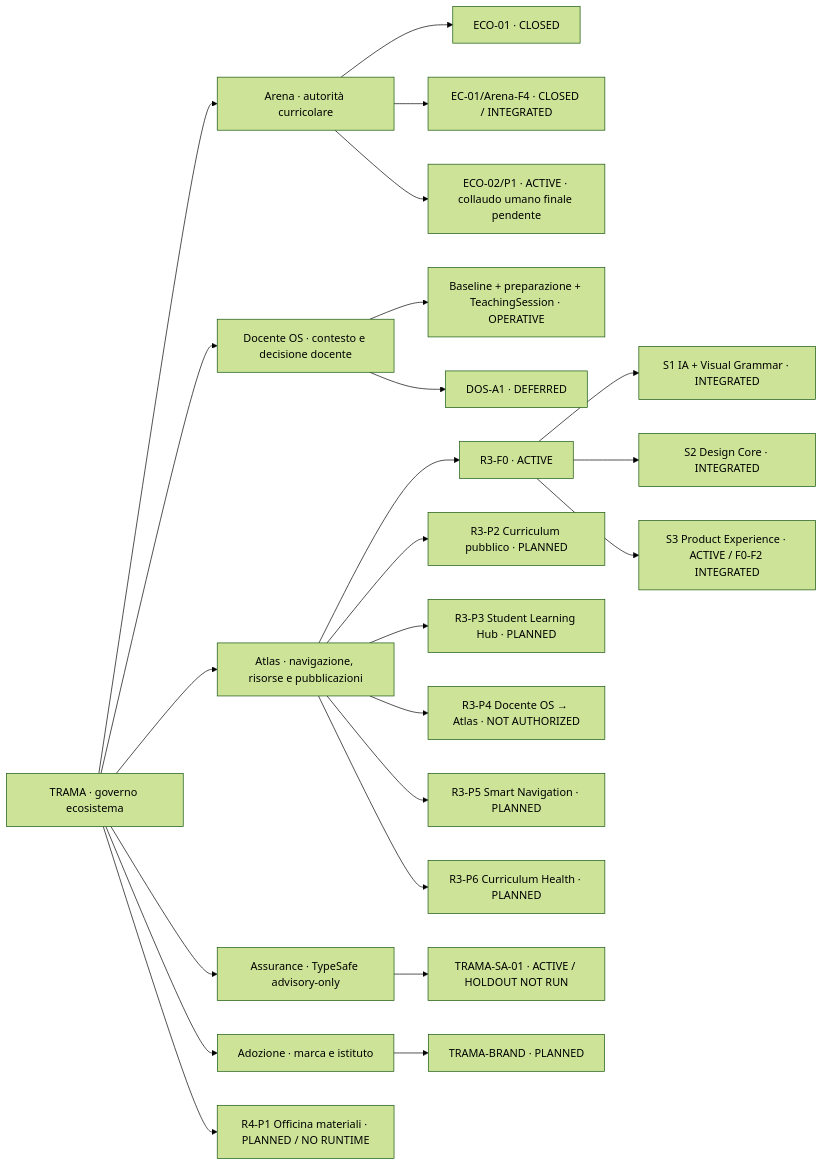
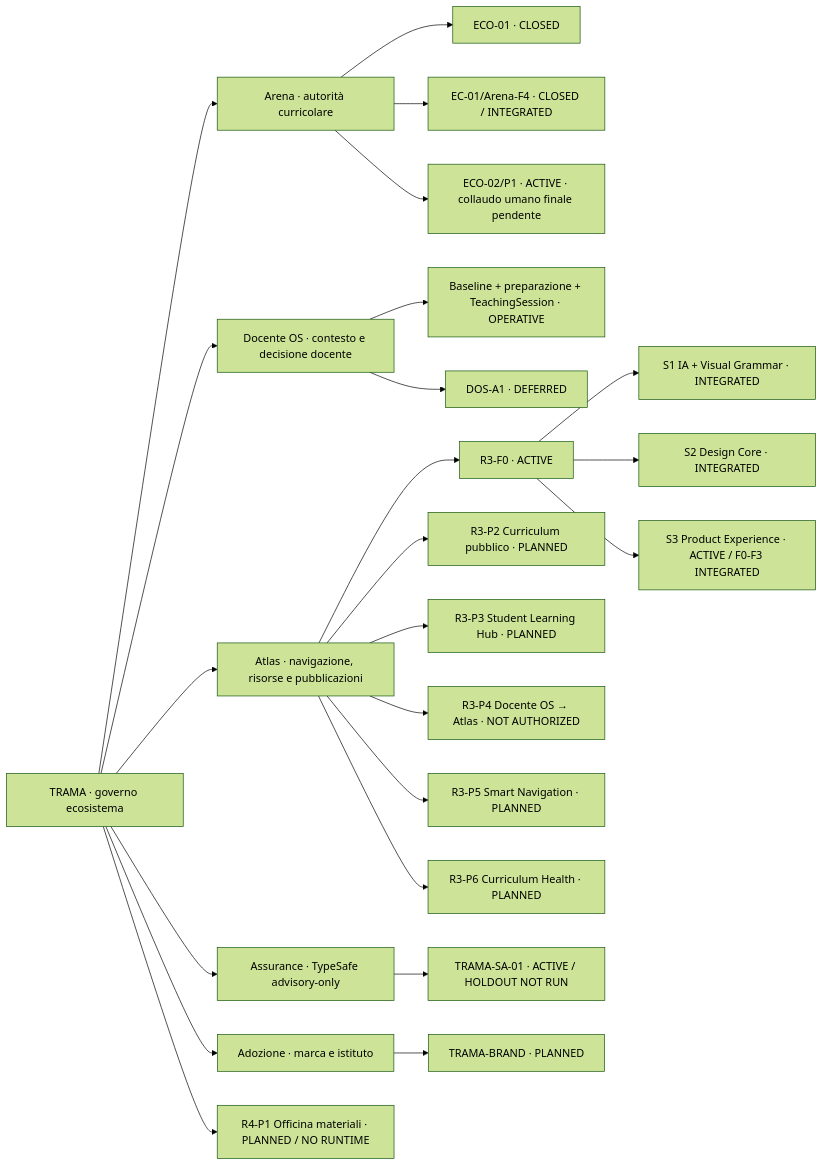
The diagram in STATUS.md (antoniocorsano-boop/trama-ecosistema), drawn with Mermaid (forest theme) before and after one commit. The commit also changed other lines of this file, not shown here.

````diff
--- a/STATUS.md
+++ b/STATUS.md
@@ -8,31 +8,31 @@
 ```mermaid
 flowchart LR
   TRAMA["TRAMA · governo ecosistema"]
 
   TRAMA --> ARENA["Arena · autorità curricolare"]
   TRAMA --> DOS["Docente OS · contesto e decisione docente"]
   TRAMA --> ATLAS["Atlas · navigazione, risorse e pubblicazioni"]
   TRAMA --> ASSURANCE["Assurance · TypeSafe advisory-only"]
   TRAMA --> BRAND["Adozione · marca e istituto"]
 
   ARENA --> ECO01["ECO-01 · CLOSED"]
   ARENA --> ECF4["EC-01/Arena-F4 · CLOSED / INTEGRATED"]
   ARENA --> ECO02["ECO-02/P1 · ACTIVE · collaudo umano finale pendente"]
 
   DOS --> DOSBASE["Baseline + preparazione + TeachingSession · OPERATIVE"]
   DOS --> DOSA1["DOS-A1 · DEFERRED"]
 
   ATLAS --> R3F0["R3-F0 · ACTIVE"]
   R3F0 --> S1["S1 IA + Visual Grammar · INTEGRATED"]
   R3F0 --> S2["S2 Design Core · INTEGRATED"]
-  R3F0 --> S3["S3 Product Experience · ACTIVE / F0-F2 INTEGRATED"]
+  R3F0 --> S3["S3 Product Experience · ACTIVE / F0-F3 INTEGRATED"]
   ATLAS --> R3P2["R3-P2 Curriculum pubblico · PLANNED"]
   ATLAS --> R3P3["R3-P3 Student Learning Hub · PLANNED"]
   ATLAS --> R3P4["R3-P4 Docente OS → Atlas · NOT AUTHORIZED"]
   ATLAS --> R3P5["R3-P5 Smart Navigation · PLANNED"]
   ATLAS --> R3P6["R3-P6 Curriculum Health · PLANNED"]
 
   TRAMA --> R4P1["R4-P1 Officina materiali · PLANNED / NO RUNTIME"]
   ASSURANCE --> TSA["TRAMA-SA-01 · ACTIVE / HOLDOUT NOT RUN"]
   BRAND --> TB["TRAMA-BRAND · PLANNED"]
 ```
````
